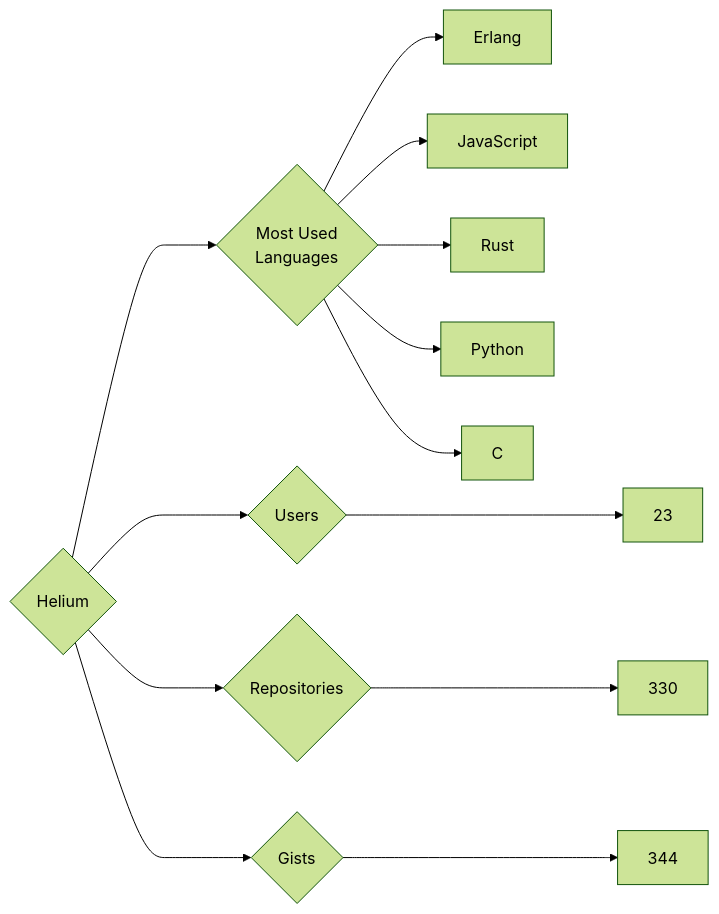
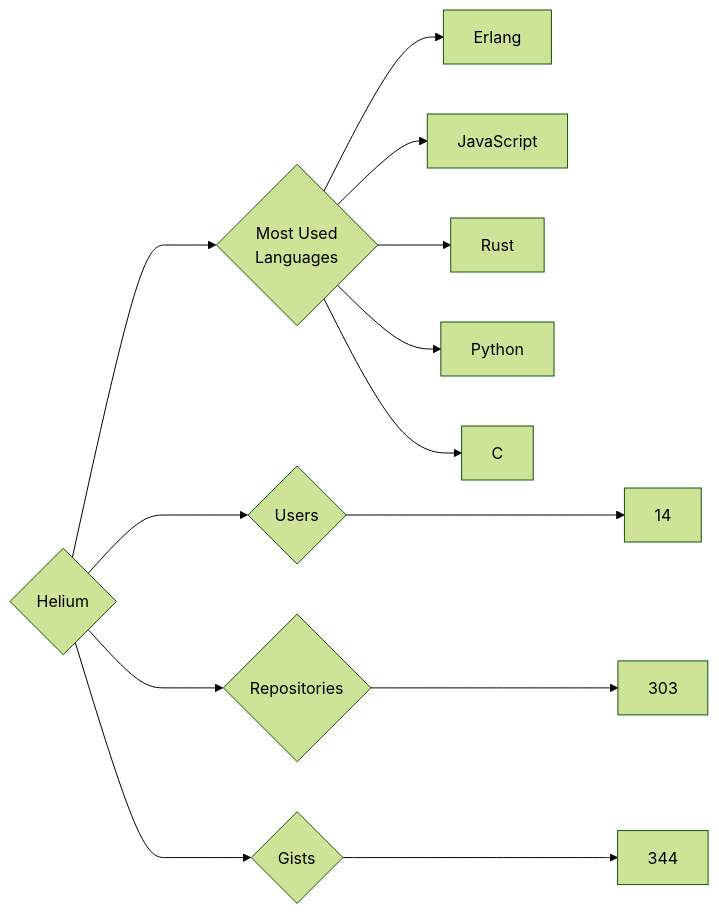
One commit to trickest/insiders changed the diagram in targets/Helium/README.md. Above: the diagram before and after it, drawn with Mermaid (forest theme). The commit also changed 874 other files, not shown here.

````diff
--- a/targets/Helium/README.md
+++ b/targets/Helium/README.md
@@ -3,13 +3,13 @@
 ```mermaid
 graph LR
 COMPANY_NAME{Helium}
-COMPANY_NAME ---> U{Users} ---> UN[23]
-COMPANY_NAME ---> R{Repositories} ---> RN[330]
+COMPANY_NAME ---> U{Users} ---> UN[14]
+COMPANY_NAME ---> R{Repositories} ---> RN[303]
 COMPANY_NAME ---> G{Gists} ---> GN[344]
 COMPANY_NAME ---> ML{Most Used<br>Languages}
 ML --> Erlang[Erlang]
 ML --> JavaScript[JavaScript]
 ML --> Rust[Rust]
 ML --> Python[Python]
 ML --> C[C]
 ```
````
